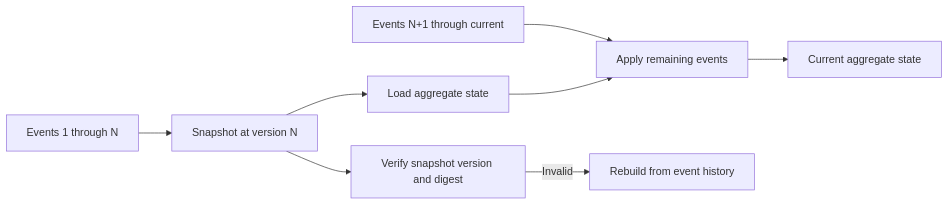
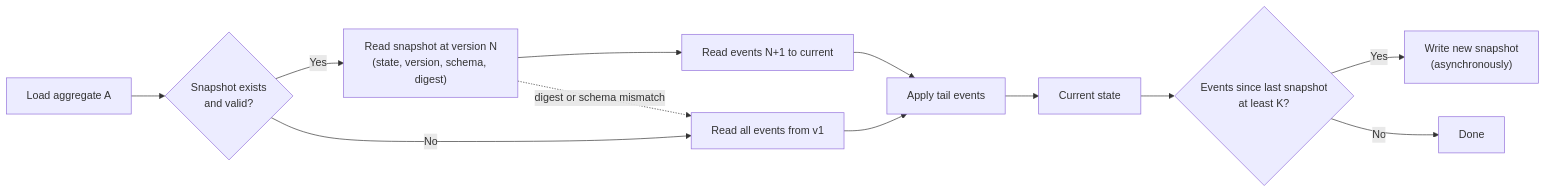
One commit to joydasss/Architect changed the fifth of 16 diagrams in 20_Architecture_Patterns/CH11_Event_Sourcing.md. Above: the diagram before and after it, drawn with Mermaid. The commit also changed other lines of this file and 295 other files, not shown here.

````diff
--- a/20_Architecture_Patterns/CH11_Event_Sourcing.md
+++ b/20_Architecture_Patterns/CH11_Event_Sourcing.md
@@ -51,10 +360,14 @@
 ```mermaid
 flowchart LR
-    Events1[Events 1 through N] --> Snapshot[Snapshot at version N]
-    Snapshot --> Load[Load aggregate state]
-    Events2[Events N+1 through current] --> Apply[Apply remaining events]
-    Load --> Apply
-    Apply --> Current[Current aggregate state]
-    Snapshot --> Verify[Verify snapshot version and digest]
-    Verify -->|Invalid| FullReplay[Rebuild from event history]
+    Req["Load aggregate A"] --> Snap{"Snapshot exists<br/>and valid?"}
+    Snap -->|Yes| Load["Read snapshot at version N<br/>(state, version, schema, digest)"]
+    Snap -->|No| Full["Read all events from v1"]
+    Load --> Tail["Read events N+1 to current"]
+    Tail --> Apply["Apply tail events"]
+    Full --> Apply
+    Apply --> State["Current state"]
+    Load -.->|"digest or schema mismatch"| Full
+    State --> Maybe{"Events since last snapshot<br/>at least K?"}
+    Maybe -->|Yes| Write["Write new snapshot<br/>(asynchronously)"]
+    Maybe -->|No| Done["Done"]
 ```
````
